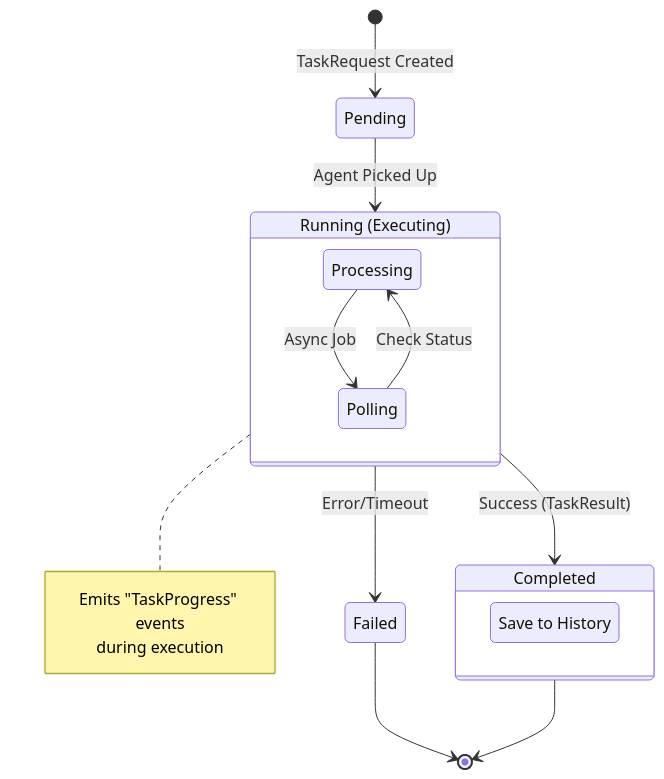
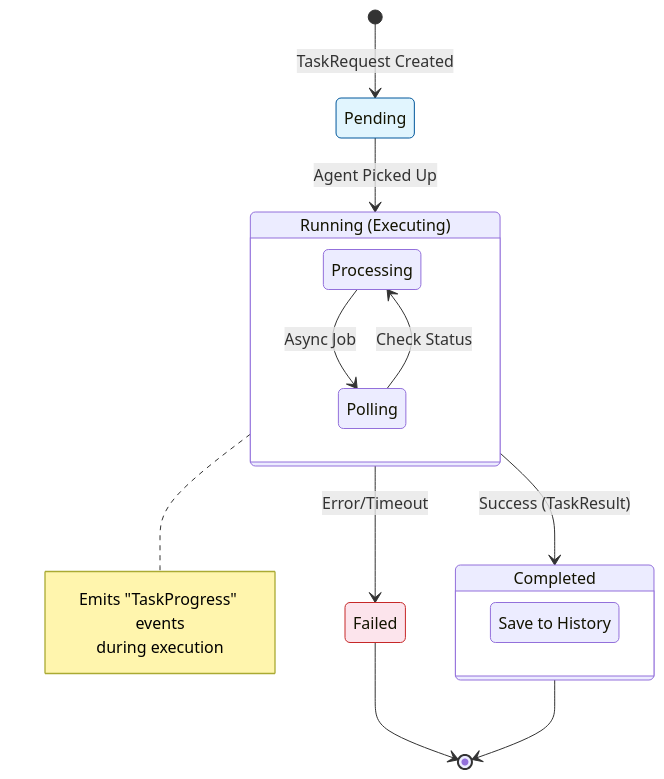
One commit to cute-spring/opencode-notes changed the fifth of 35 diagrams in docs/arch/enterprise-agentic-rag.md. Above: the diagram before and after it, drawn with Mermaid. The commit also changed other lines of this file and 2 other files, not shown here.

````diff
--- a/docs/arch/enterprise-agentic-rag.md
+++ b/docs/arch/enterprise-agentic-rag.md
@@ -448,26 +494,33 @@
 ```mermaid
 stateDiagram-v2
+    %% 状态样式定义
     [*] --> Pending: TaskRequest Created
     
     state "Running (Executing)" as Running {
         Processing --> Polling: Async Job
         Polling --> Processing: Check Status
     }
 
     Pending --> Running: Agent Picked Up
     
     Running --> Completed: Success (TaskResult)
     Running --> Failed: Error/Timeout
     
     state "Completed" as Completed {
         StoreResult: Save to History
     }
 
     Completed --> [*]
     Failed --> [*]
 
+    %% 应用颜色样式
+    style Pending fill:#e1f5fe,stroke:#01579b
+    style Running fill:#fff3e0,stroke:#e65100
+    style Completed fill:#e8f5e9,stroke:#1b5e20
+    style Failed fill:#fce4ec,stroke:#c62828
+
     note right of Running
       Emits "TaskProgress" events
       during execution
     end note
 ```
````
